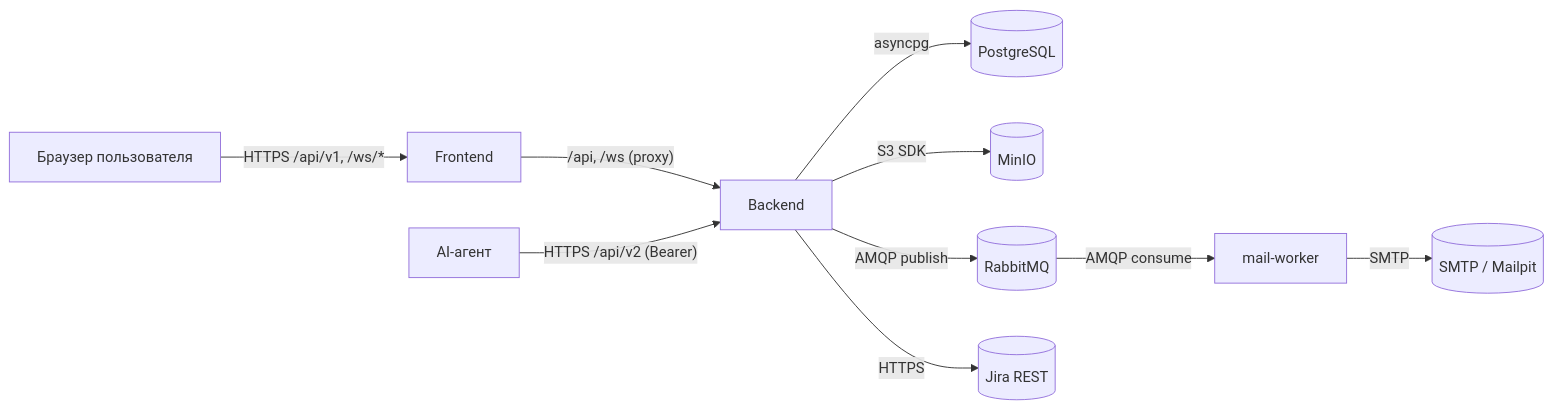
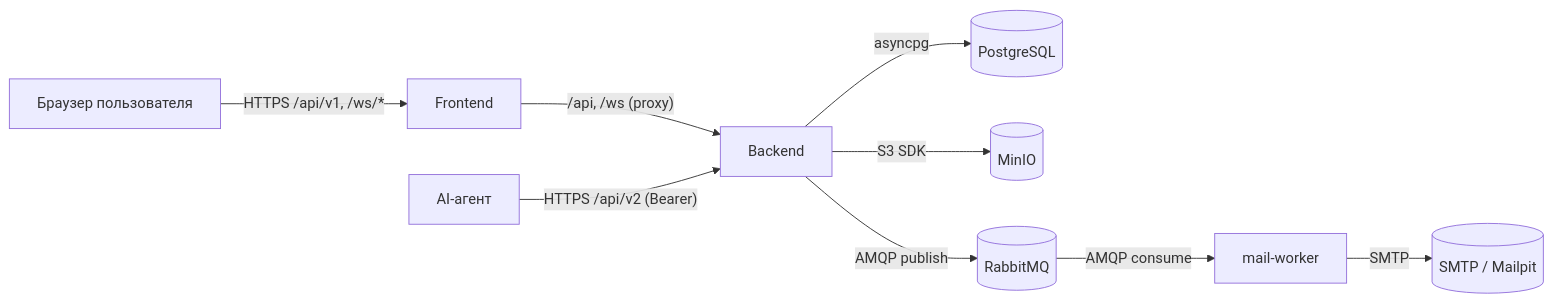
The first of 9 diagrams in docs/GOST_34_DOCUMENTATION.md (nkolomiika/FROST), drawn with Mermaid before and after one commit. The commit also changed other lines of this file and 280 other files, not shown here.

````diff
--- a/docs/GOST_34_DOCUMENTATION.md
+++ b/docs/GOST_34_DOCUMENTATION.md
@@ -381,17 +375,16 @@
 ```mermaid
 flowchart LR
     Browser["Браузер пользователя"]
     Agent["AI-агент"]
 
     Browser -- "HTTPS /api/v1, /ws/*" --> Frontend
     Frontend -- "/api, /ws (proxy)" --> Backend
     Agent -- "HTTPS /api/v2 (Bearer)" --> Backend
 
     Backend -- "asyncpg" --> Postgres[(PostgreSQL)]
     Backend -- "S3 SDK" --> MinIO[(MinIO)]
     Backend -- "AMQP publish" --> Rabbit[(RabbitMQ)]
-    Backend -- "HTTPS" --> Jira[(Jira REST)]
 
     Rabbit -- "AMQP consume" --> MailWorker[mail-worker]
     MailWorker -- "SMTP" --> SMTP[(SMTP / Mailpit)]
 ```
````
